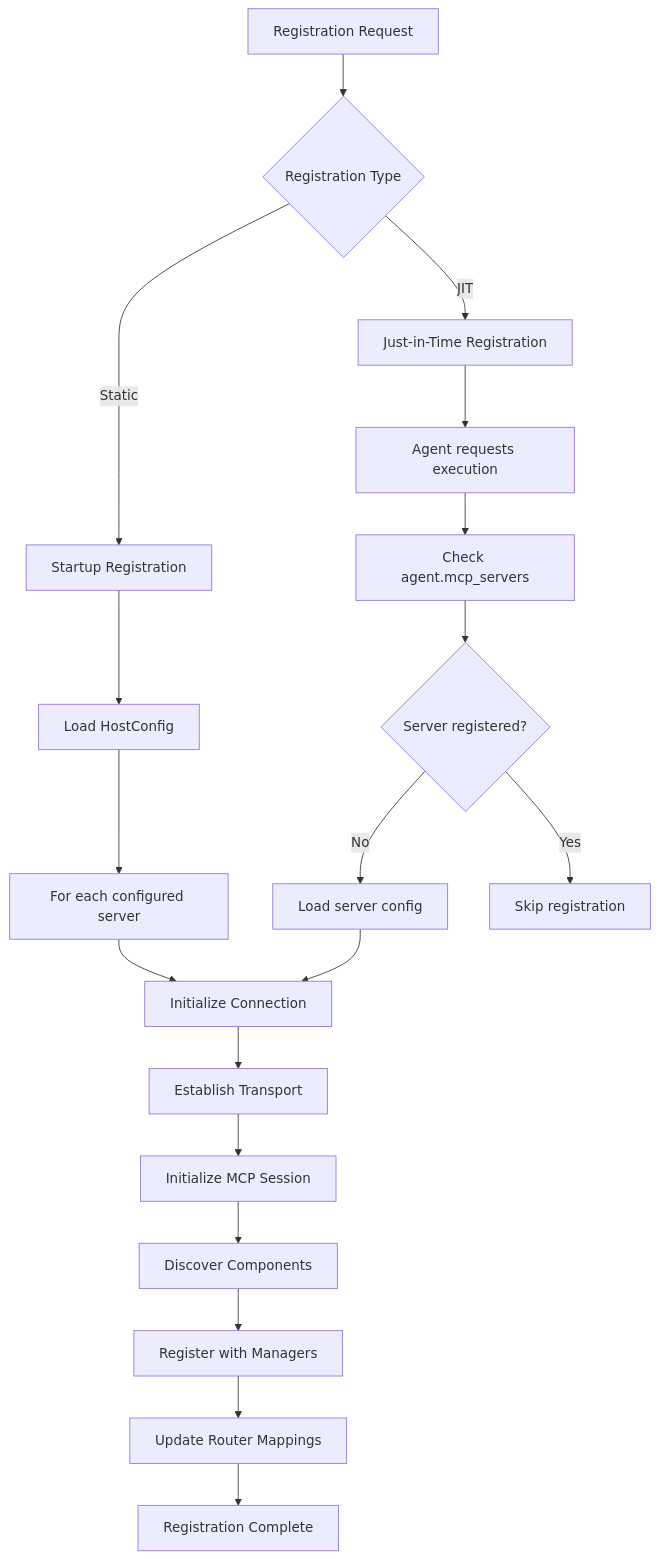
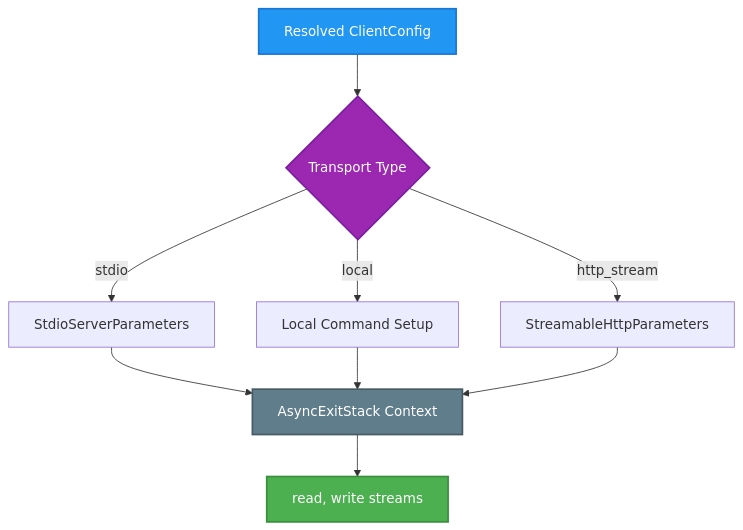
One commit to Aurite-ai/aurite-agents changed the second of 5 diagrams in docs/architecture/flow/mcp_server_registration_flow.md. Above: the diagram before and after it, drawn with Mermaid. The commit also changed other lines of this file and 7 other files, not shown here.

Commit message:
new aurite engine and mcp host architecture docs

````diff
--- a/docs/architecture/flow/mcp_server_registration_flow.md
+++ b/docs/architecture/flow/mcp_server_registration_flow.md
@@ -20,24 +66,18 @@
-```mermaid
-graph TD
-    A[Registration Request] --> B{Registration Type}
-    B -->|Static| C[Startup Registration]
-    B -->|JIT| D[Just-in-Time Registration]
+    ```mermaid
+    flowchart TD
+        A[Resolved ClientConfig] --> B{Transport Type}
+        B -->|stdio| C[StdioServerParameters]
+        B -->|local| D[Local Command Setup]
+        B -->|http_stream| E[StreamableHttpParameters]
 
-    C --> E[Load HostConfig]
-    E --> F[For each configured server]
-    F --> G[Initialize Connection]
+        C --> F[AsyncExitStack Context]
+        D --> F
+        E --> F
 
-    D --> H[Agent requests execution]
-    H --> I[Check agent.mcp_servers]
-    I --> J{Server registered?}
-    J -->|No| K[Load server config]
-    J -->|Yes| L[Skip registration]
-    K --> G
+        F --> G[read, write streams]
 
-    G --> M[Establish Transport]
-    M --> N[Initialize MCP Session]
-    N --> O[Discover Components]
-    O --> P[Register with Managers]
-    P --> Q[Update Router Mappings]
-    Q --> R[Registration Complete]
-```
+        style A fill:#2196F3,stroke:#1976D2,stroke-width:2px,color:#fff
+        style G fill:#4CAF50,stroke:#388E3C,stroke-width:2px,color:#fff
+        style B fill:#9C27B0,stroke:#7B1FA2,stroke-width:2px,color:#fff
+        style F fill:#607D8B,stroke:#455A64,stroke-width:2px,color:#fff
+    ```
````
